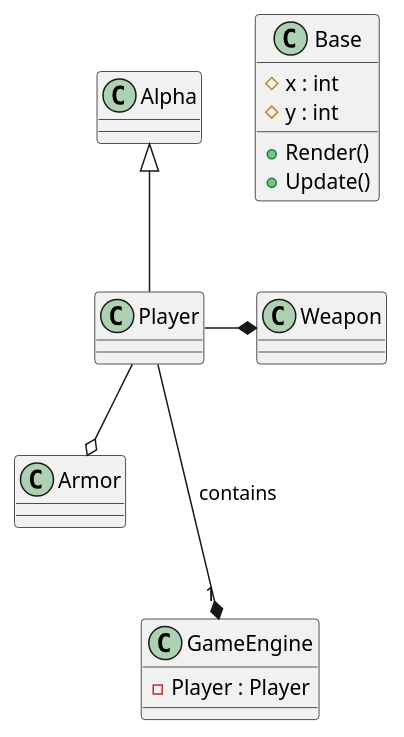
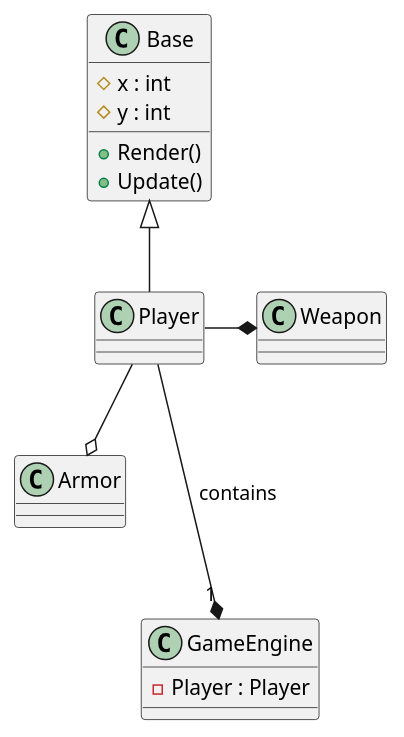
One commit to NoahHakansson/SE-PA1460 changed the diagram in diagram.pu. Above: the diagram before and after it, drawn with PlantUML.

```diff
--- a/diagram.pu
+++ b/diagram.pu
@@ -1,19 +1,19 @@
-@startuml Test
+@startuml testGameDiagram
 class Base{
     #x : int
     #y : int
     +Render()
     +Update()
 }
 class Player
 class Weapon
 class Armor
 class GameEngine
 
-Alpha <|-- Player
+Base <|-- Player
 Player -* Weapon
 Player --o Armor
 Player ---* "1" GameEngine: contains
 
 GameEngine : -Player : Player
 @enduml
```
